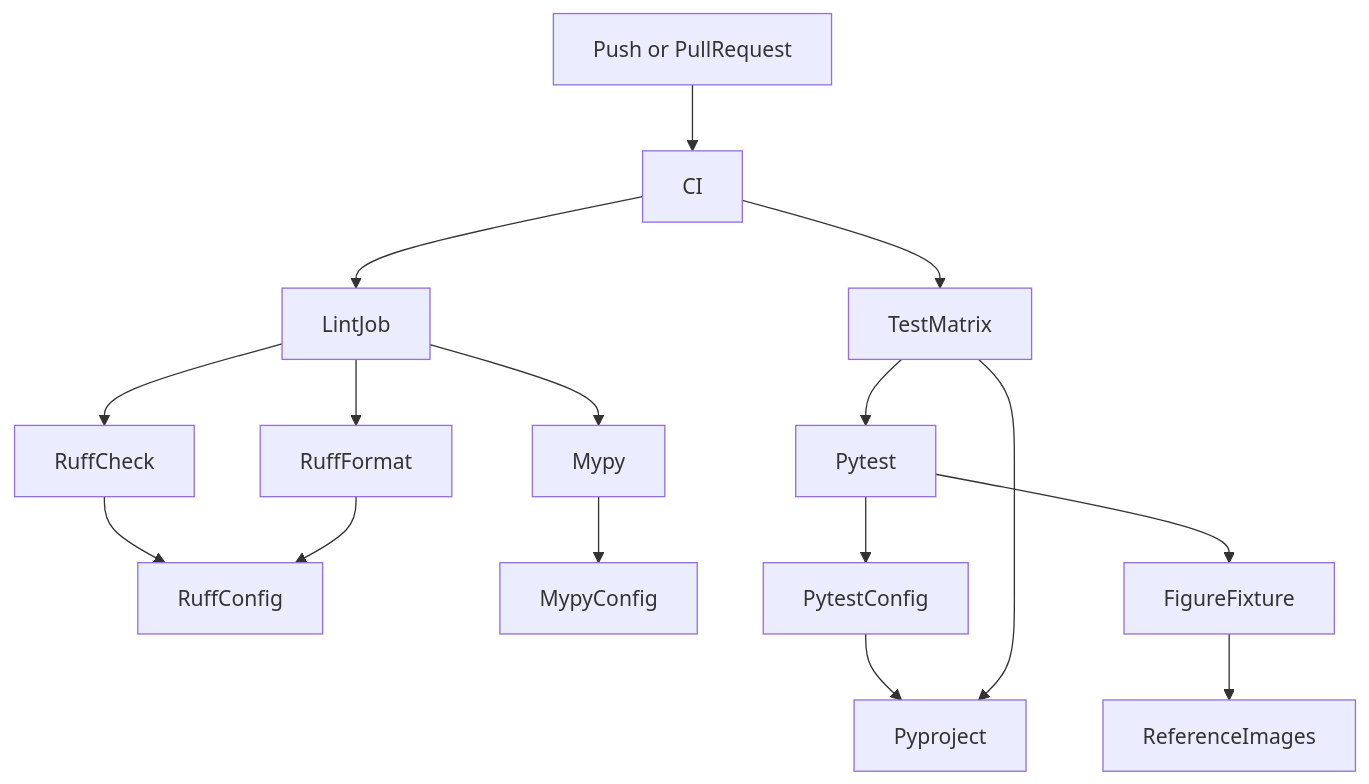
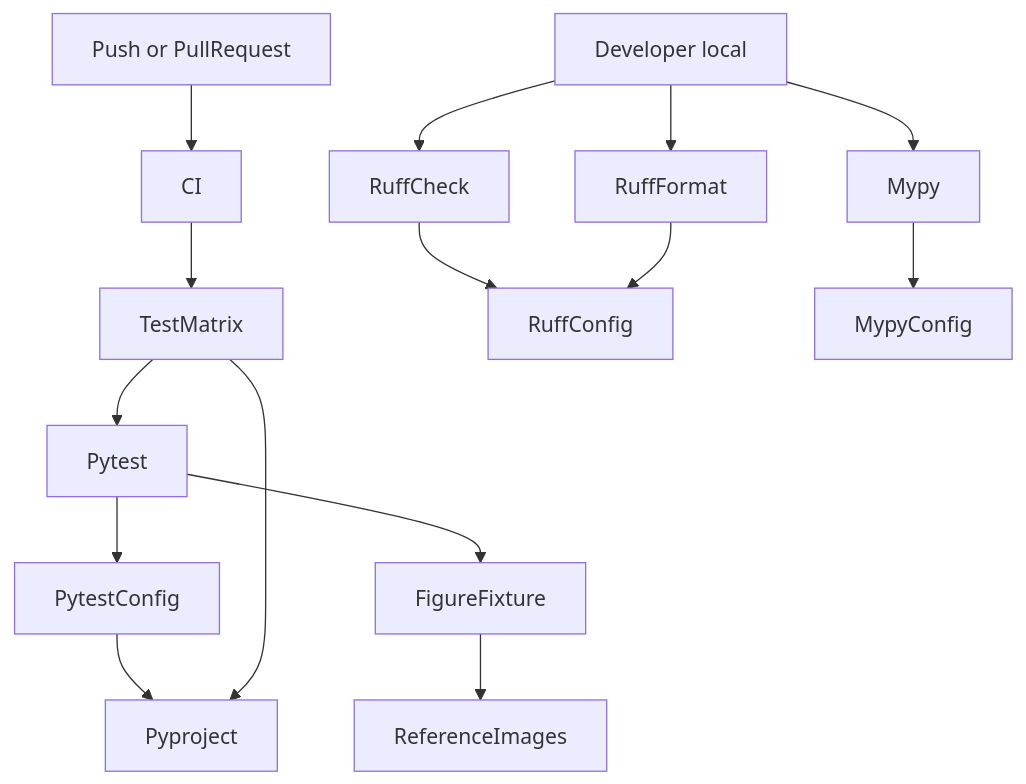
One commit to yu9824/yikit changed the first of 2 diagrams in .kiro/specs/dev-foundation/design.md. Above: the diagram before and after it, drawn with Mermaid. The commit also changed other lines of this file and 6 other files, not shown here.

First line of the commit message:
docs: Run ruff and mypy locally instead of in CI

````diff
--- a/.kiro/specs/dev-foundation/design.md
+++ b/.kiro/specs/dev-foundation/design.md
@@ -60,18 +62,17 @@
 ```mermaid
 graph TB
     Push[Push or PullRequest] --> CI
-    CI --> LintJob
     CI --> TestMatrix
-    LintJob --> RuffCheck
-    LintJob --> RuffFormat
-    LintJob --> Mypy
     TestMatrix --> Pytest
+    Developer[Developer local] --> RuffCheck
+    Developer --> RuffFormat
+    Developer --> Mypy
     RuffCheck --> RuffConfig
     RuffFormat --> RuffConfig
     Mypy --> MypyConfig
     Pytest --> PytestConfig
     Pytest --> FigureFixture
     FigureFixture --> ReferenceImages
     PytestConfig --> Pyproject
     TestMatrix --> Pyproject
 ```
````
